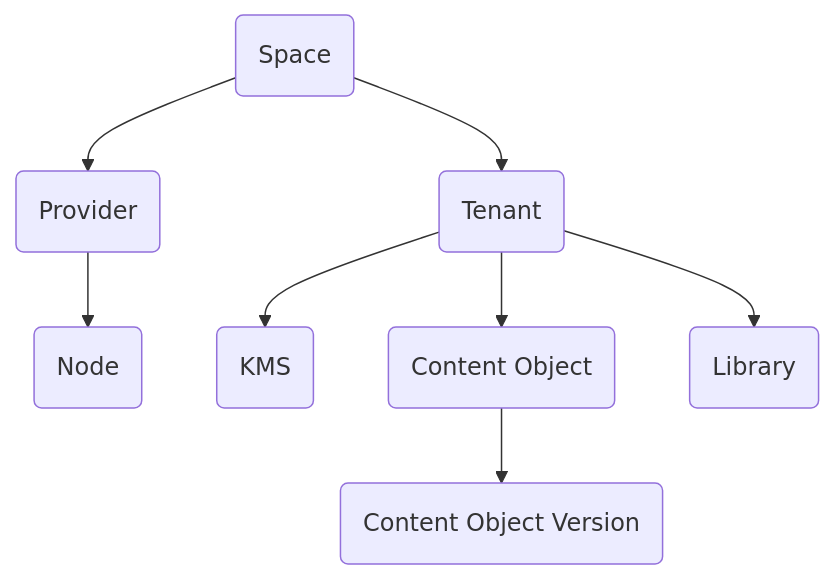
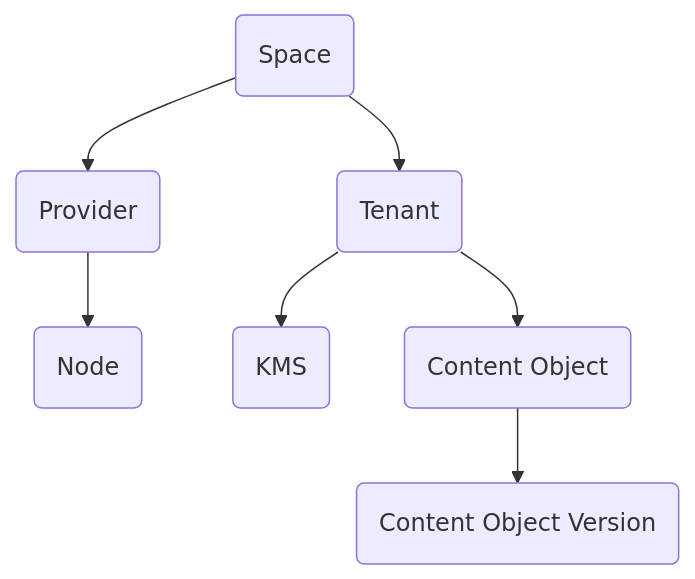
One commit to elv-will/elv-spec changed the diagram in src/data_hiearchy.md. Above: the diagram before and after it, drawn with Mermaid. The commit also changed other lines of this file and 10 other files, not shown here.

````diff
--- a/src/data_hiearchy.md
+++ b/src/data_hiearchy.md
@@ -20,21 +19,19 @@
 ```mermaid
 flowchart TD
   space(Space)
   provider(Provider)
   node(Node)
   tenant(Tenant)
   kms(KMS)
   cobj(Content Object)
-  lib(Library)
   cobjv(Content Object Version)
 
   space --> provider
   space --> tenant
 
   provider --> node
 
   tenant --> kms
   tenant --> cobj
-  tenant --> lib
   cobj --> cobjv
 ```
````
